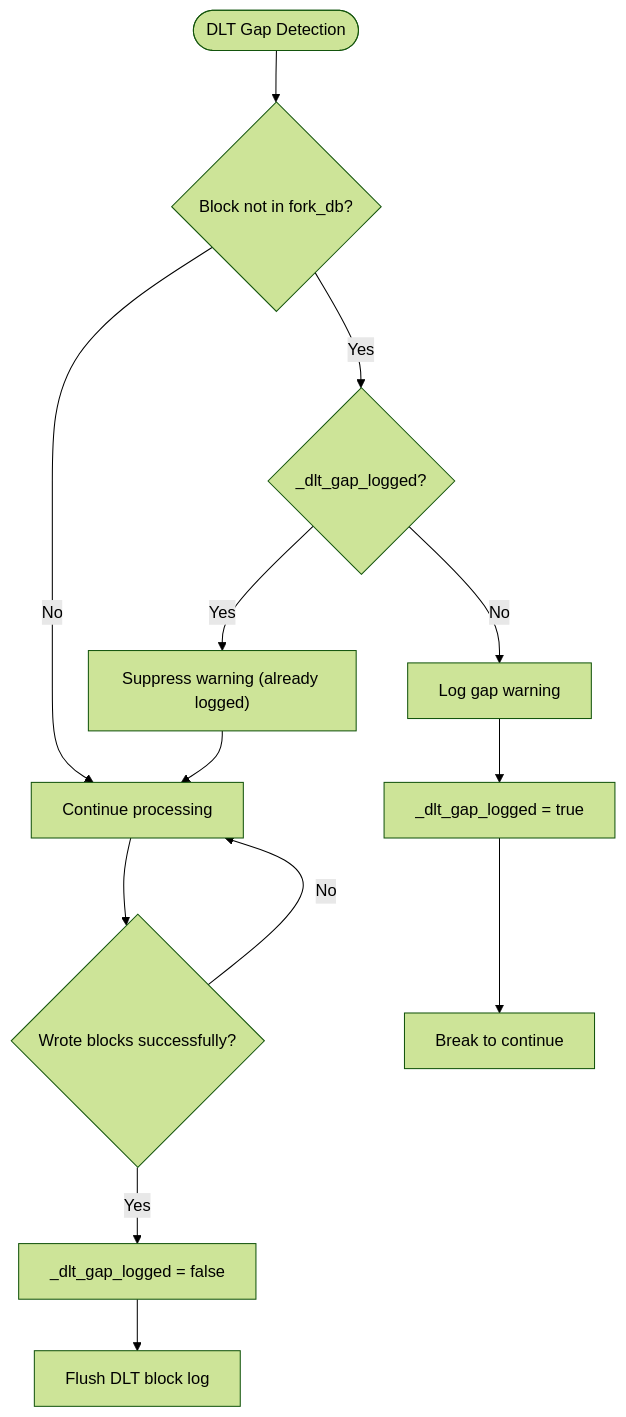
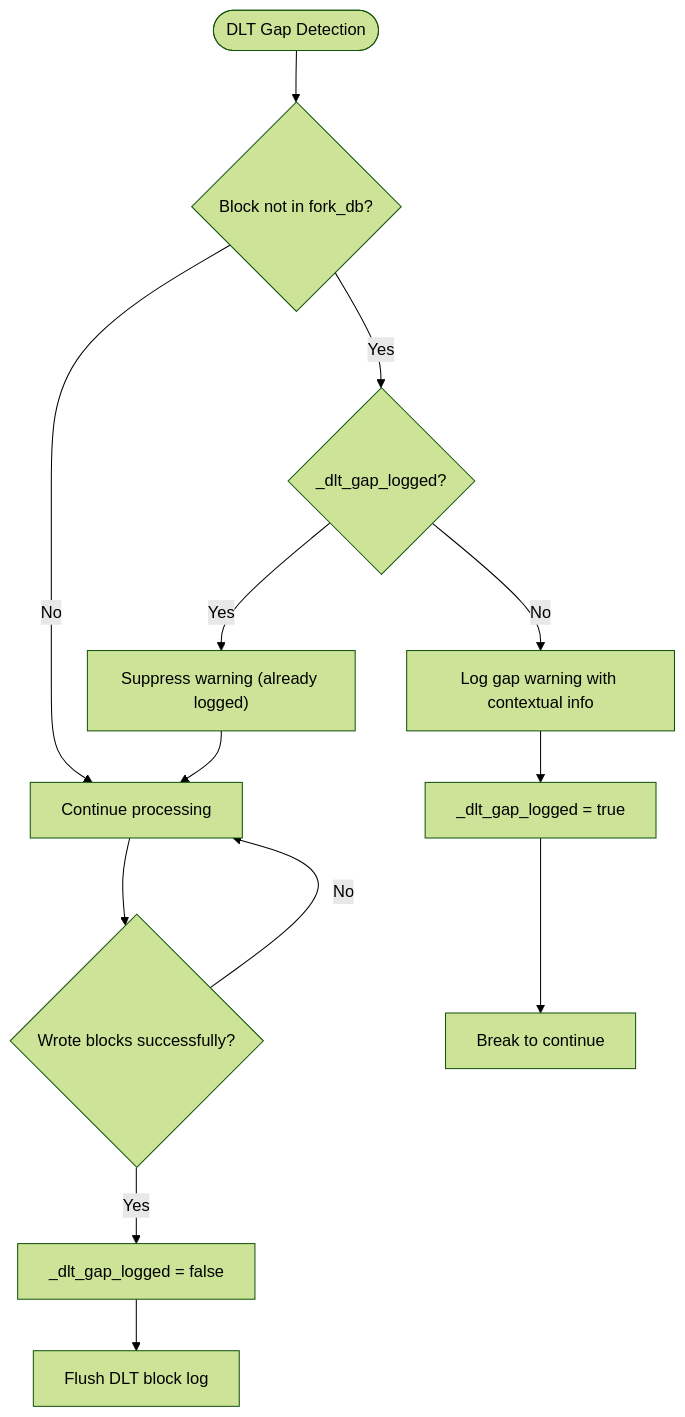
Before and after one commit to VIZ-Blockchain/viz-cpp-node: the eighth of 13 diagrams in .qoder/repowiki/en/content/Architecture Overview/Core Libraries/Chain Library/Database Management/Database Management.md, drawn with Mermaid (forest theme). The commit also changed other lines of this file and 4 other files, not shown here.

````diff
--- a/.qoder/repowiki/en/content/Architecture Overview/Core Libraries/Chain Library/Database Management/Database Management.md
+++ b/.qoder/repowiki/en/content/Architecture Overview/Core Libraries/Chain Library/Database Management/Database Management.md
@@ -375,15 +376,15 @@
 ```mermaid
 flowchart TD
 Start(["DLT Gap Detection"]) --> CheckGap{"Block not in fork_db?"}
 CheckGap --> |No| Continue["Continue processing"]
 CheckGap --> |Yes| CheckFlag{"_dlt_gap_logged?"}
 CheckFlag --> |Yes| Suppress["Suppress warning (already logged)"]
-CheckFlag --> |No| LogWarning["Log gap warning"]
+CheckFlag --> |No| LogWarning["Log gap warning with contextual info"]
 LogWarning --> SetFlag["_dlt_gap_logged = true"]
 SetFlag --> Break["Break to continue"]
 Suppress --> Continue
 Continue --> CheckWrote{"Wrote blocks successfully?"}
 CheckWrote --> |Yes| ResetFlag["_dlt_gap_logged = false"]
 ResetFlag --> Flush["Flush DLT block log"]
 CheckWrote --> |No| Continue
 ```
````
